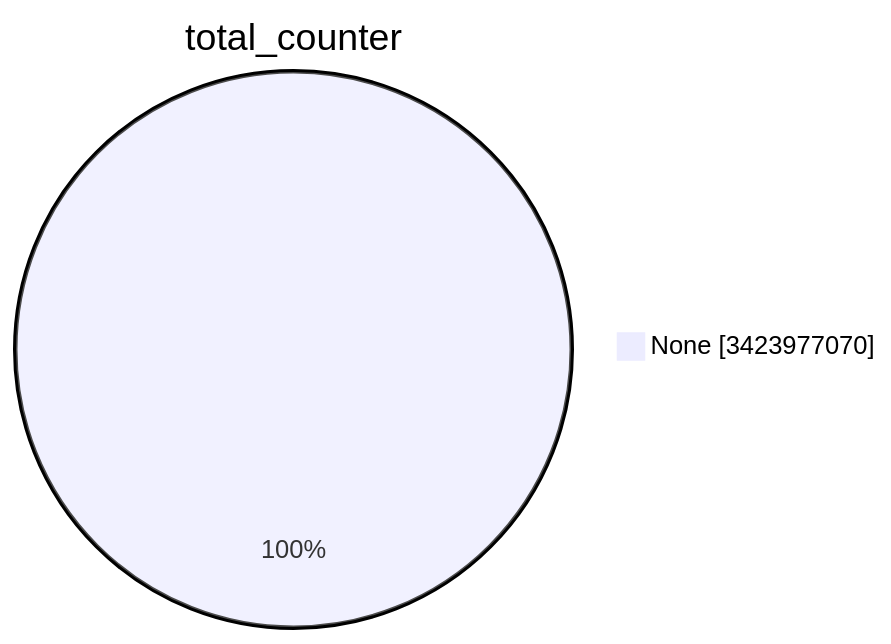
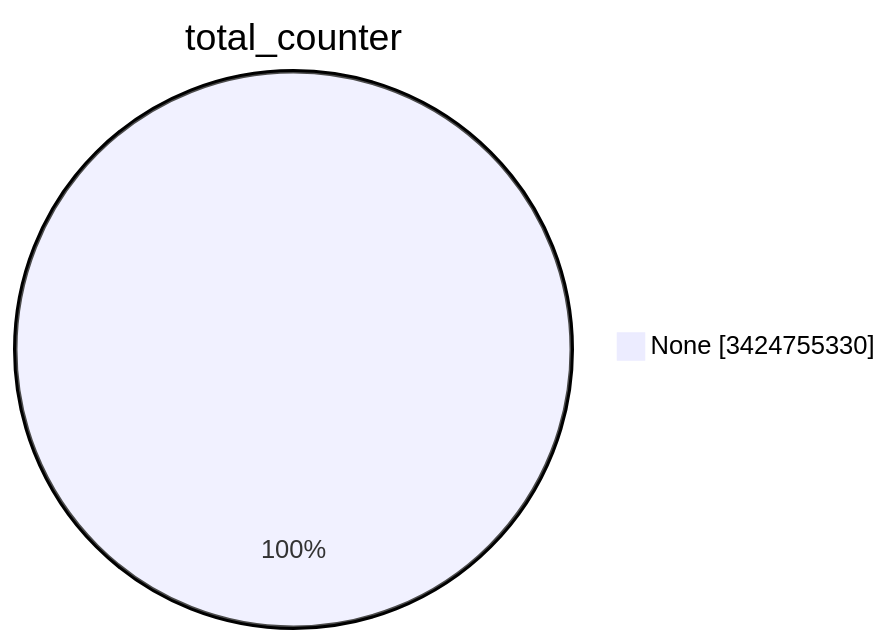
One commit to christiankrug/ctmonitor_visualization changed the first of 15 diagrams in TOTAL/README.md. Above: the diagram before and after it, drawn with Mermaid. The commit also changed other lines of this file, not shown here.

````diff
--- a/TOTAL/README.md
+++ b/TOTAL/README.md
@@ -1,5 +1,5 @@
 ```mermaid
 pie showData
 title total_counter
-"None" :3423977070
+"None" :3424755330
 ```
````
